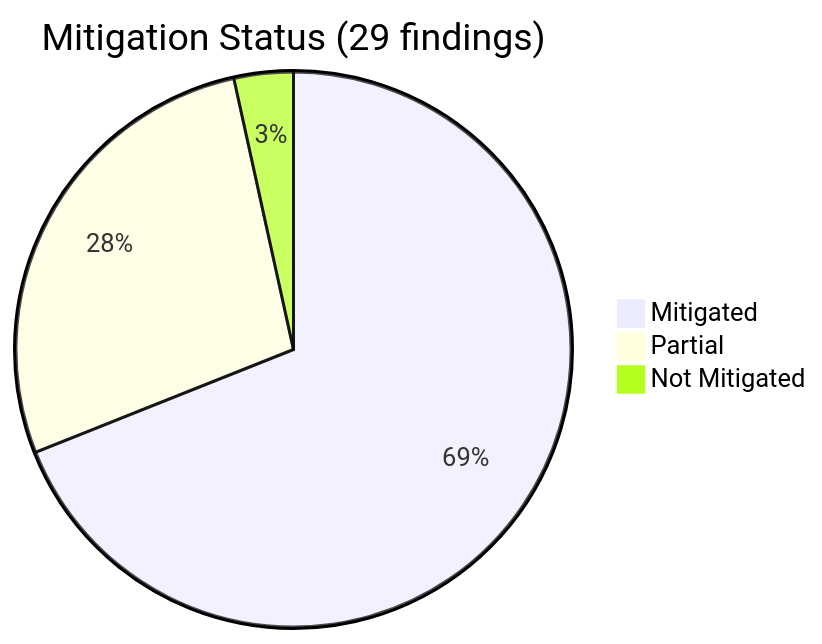
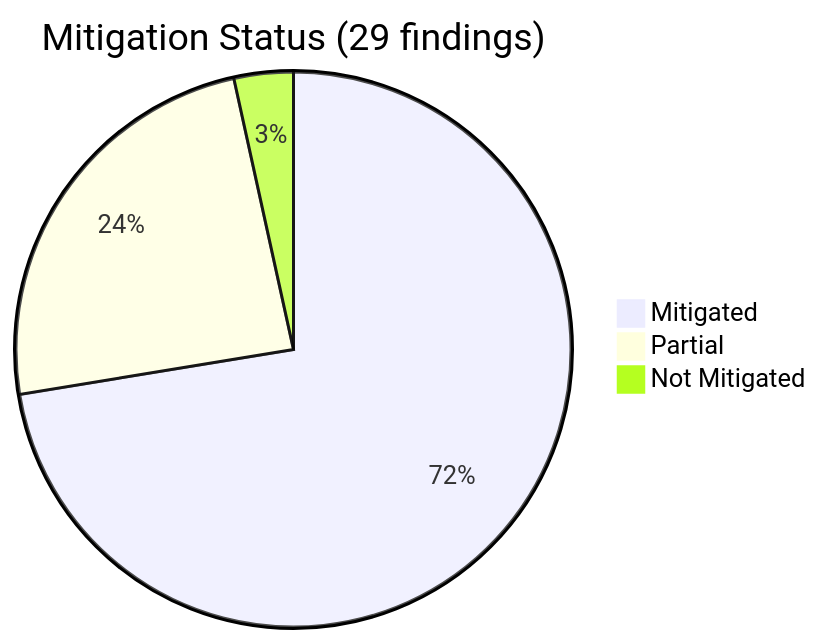
The third of 4 diagrams in docs/threatmodel/THREAT_MODEL.md (extensionchecker/extensionchecker-app), drawn with Mermaid before and after one commit. The commit also changed other lines of this file, not shown here.

````diff
--- a/docs/threatmodel/THREAT_MODEL.md
+++ b/docs/threatmodel/THREAT_MODEL.md
@@ -199,6 +199,6 @@
 ```mermaid
 pie title Mitigation Status (29 findings)
-    "Mitigated" : 20
-    "Partial" : 8
+    "Mitigated" : 21
+    "Partial" : 7
     "Not Mitigated" : 1
 ```
````
